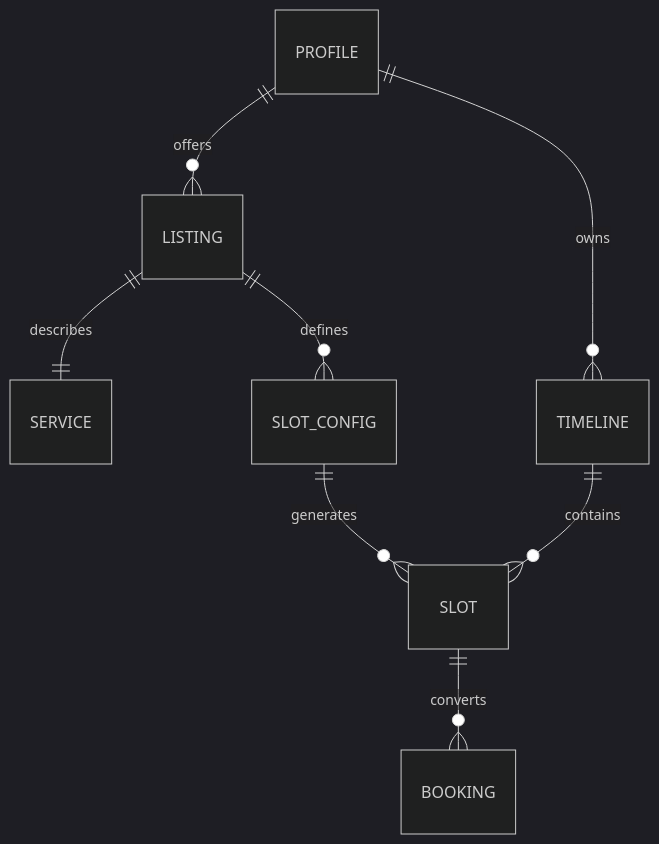
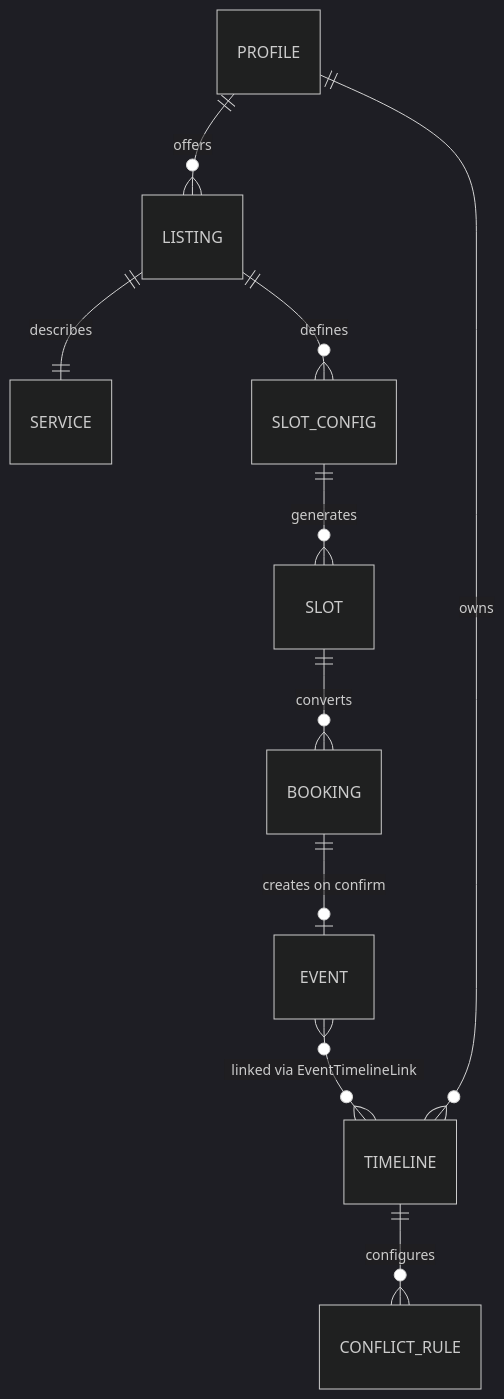
The second of 6 diagrams in docs/03-architecture/system-architecture/overview.md (vytehub/vt-docs-public), drawn with Mermaid (dark theme) before and after one commit. The commit also changed other lines of this file and 32 other files, not shown here.

````diff
--- a/docs/03-architecture/system-architecture/overview.md
+++ b/docs/03-architecture/system-architecture/overview.md
@@ -53,10 +55,12 @@
 ```mermaid
 erDiagram
   PROFILE ||--o{ LISTING : offers
   LISTING ||--|| SERVICE : describes
   LISTING ||--o{ SLOT_CONFIG : defines
   PROFILE ||--o{ TIMELINE : owns
-  TIMELINE ||--o{ SLOT : contains
+  TIMELINE ||--o{ CONFLICT_RULE : configures
+  EVENT }o--o{ TIMELINE : "linked via EventTimelineLink"
   SLOT_CONFIG ||--o{ SLOT : generates
   SLOT ||--o{ BOOKING : converts
+  BOOKING ||--o| EVENT : "creates on confirm"
 ```
````
